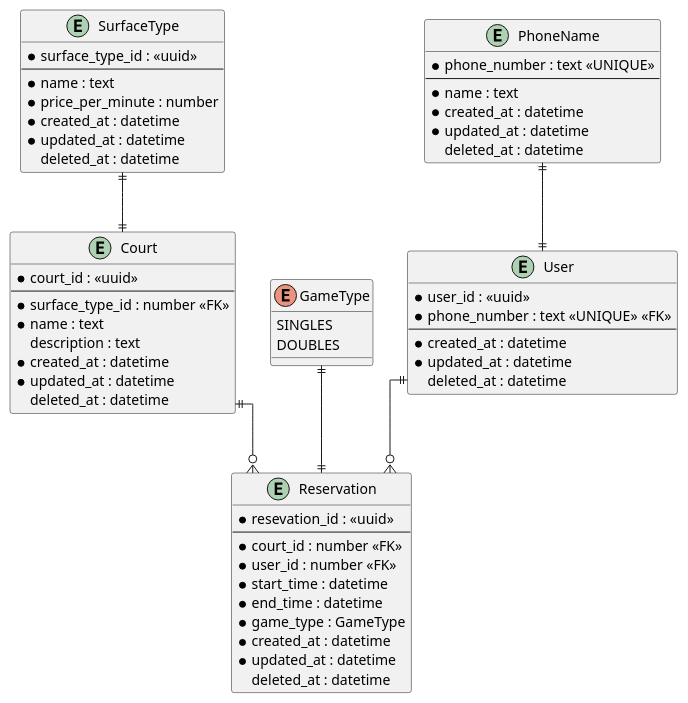
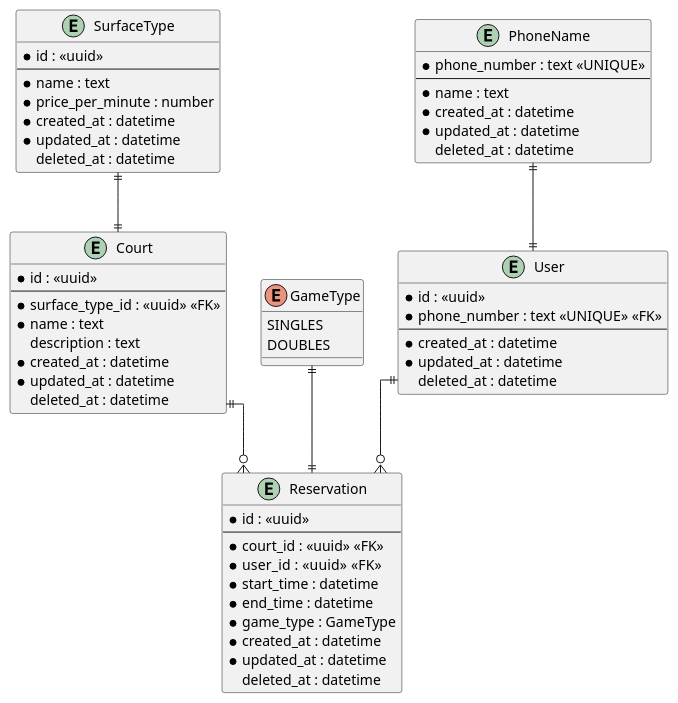
One commit to ohtenkay/tennis-club changed the diagram in docs/diagram.puml. Above: the diagram before and after it, drawn with PlantUML.

Commit message:
fix: diagram more accurately reflects reality

```diff
--- a/docs/diagram.puml
+++ b/docs/diagram.puml
@@ -1,72 +1,72 @@
 @startuml
 skinparam linetype ortho
 
 entity "User" {
-    *user_id : <<uuid>>
+    *id : <<uuid>>
     *phone_number : text <<UNIQUE>> <<FK>>
     --
     ' *email : text
     ' *password : text
     *created_at : datetime
     *updated_at : datetime
     deleted_at : datetime
 }
 
 entity "PhoneName" {
     *phone_number : text <<UNIQUE>>
     --
     *name : text
     *created_at : datetime
     *updated_at : datetime
     deleted_at : datetime
 }
 
 entity "SurfaceType" {
-    *surface_type_id : <<uuid>>
+    *id : <<uuid>>
     --
     *name : text
     *price_per_minute : number
     *created_at : datetime
     *updated_at : datetime
     deleted_at : datetime
 }
 
 entity "Court" {
-    *court_id : <<uuid>>
+    *id : <<uuid>>
     --
-    *surface_type_id : number <<FK>>
+    *surface_type_id : <<uuid>> <<FK>>
     *name : text
     description : text
     *created_at : datetime
     *updated_at : datetime
     deleted_at : datetime
 }
 
 ' This is actually not implemented as an enum in the database but rather
 '   a string field in the Reservation table. I would have liked to use an
 '   enum but liquibase has the Check constraint behind a paywall.
 enum "GameType" {
     SINGLES
     DOUBLES /' multiplies the price by 1.5 '/
 }
 
 entity "Reservation" {
-    *resevation_id : <<uuid>>
+    *id : <<uuid>>
     --
-    *court_id : number <<FK>>
-    *user_id : number <<FK>>
+    *court_id : <<uuid>> <<FK>>
+    *user_id : <<uuid>>  <<FK>>
     *start_time : datetime
     *end_time : datetime
     *game_type : GameType
     *created_at : datetime
     *updated_at : datetime
     deleted_at : datetime
 }
 
 GameType ||--|| Reservation
 User ||--o{ Reservation
 PhoneName ||--|| User
 SurfaceType ||--|| Court
 Court ||--o{ Reservation
 
 @enduml
```
